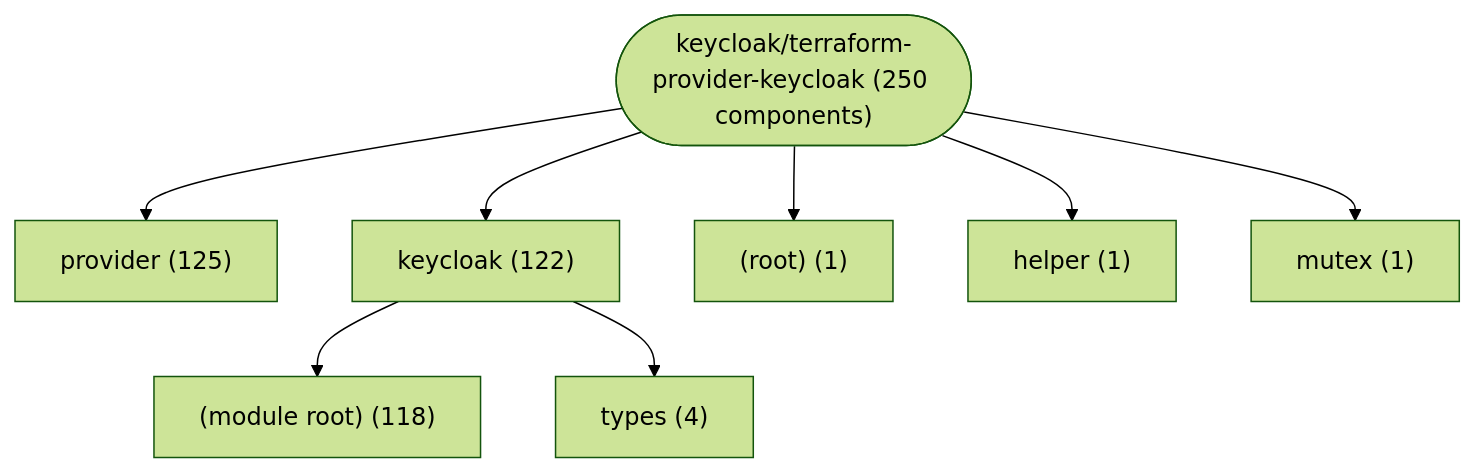
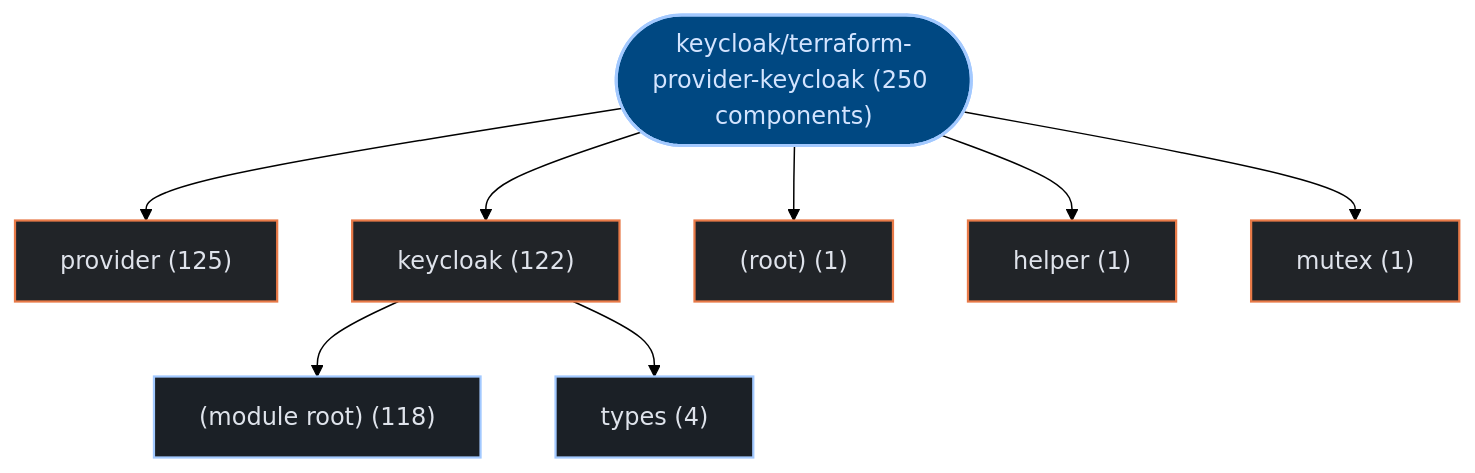
Before and after one commit to kumarshaz/atruss-code-atlas: the first of 3 diagrams in exports/latest/reports/keycloak-terraform-provider-keycloak-report.md, drawn with Mermaid (forest theme). The commit also changed other lines of this file and 331 other files, not shown here.

Commit message:
docs,ui,fix: update SDLC docs, reorder CI/CD DAG first, stylize Mermaid, and fix Arc42 pipeline topology

````diff
--- a/exports/latest/reports/keycloak-terraform-provider-keycloak-report.md
+++ b/exports/latest/reports/keycloak-terraform-provider-keycloak-report.md
@@ -42,18 +42,25 @@
 ```mermaid
 graph TD;
-    repo_root(["keycloak/terraform-provider-keycloak (250 components)"])
-    dir_0_provider["provider (125)"]
+  classDef atlasRoot fill:#004882,stroke:#a3c9ff,stroke-width:2px,color:#d3e4ff
+  classDef atlasCategory fill:#212428,stroke:#E87A48,stroke-width:1.5px,color:#dfe3eb
+  classDef atlasWorkflow fill:#1b2026,stroke:#a3c9ff,stroke-width:1.5px,color:#dfe3eb
+  classDef atlasJob fill:#171c22,stroke:#8d9199,stroke-width:1px,color:#dfe3eb
+  classDef atlasTarget fill:#005227,stroke:#8bd99b,stroke-width:1.5px,color:#a7f6b6
+  classDef atlasAlert fill:#93000a,stroke:#ffb4ab,stroke-width:1.5px,color:#ffdad6
+  classDef atlasMore fill:#252a31,stroke:#8d9199,stroke-dasharray:4 4,color:#c3c6cf
+    repo_root(["keycloak/terraform-provider-keycloak (250 components)"]):::atlasRoot
+    dir_0_provider["provider (125)"]:::atlasCategory
     repo_root --> dir_0_provider
-    dir_1_keycloak["keycloak (122)"]
+    dir_1_keycloak["keycloak (122)"]:::atlasCategory
     repo_root --> dir_1_keycloak
-    sub_1_0__module_root_["(module root) (118)"]
+    sub_1_0__module_root_["(module root) (118)"]:::atlasWorkflow
     dir_1_keycloak --> sub_1_0__module_root_
-    sub_1_1_types["types (4)"]
+    sub_1_1_types["types (4)"]:::atlasWorkflow
     dir_1_keycloak --> sub_1_1_types
-    dir_2__root_["(root) (1)"]
+    dir_2__root_["(root) (1)"]:::atlasCategory
     repo_root --> dir_2__root_
-    dir_3_helper["helper (1)"]
+    dir_3_helper["helper (1)"]:::atlasCategory
     repo_root --> dir_3_helper
-    dir_4_mutex["mutex (1)"]
+    dir_4_mutex["mutex (1)"]:::atlasCategory
     repo_root --> dir_4_mutex
 ```
````
